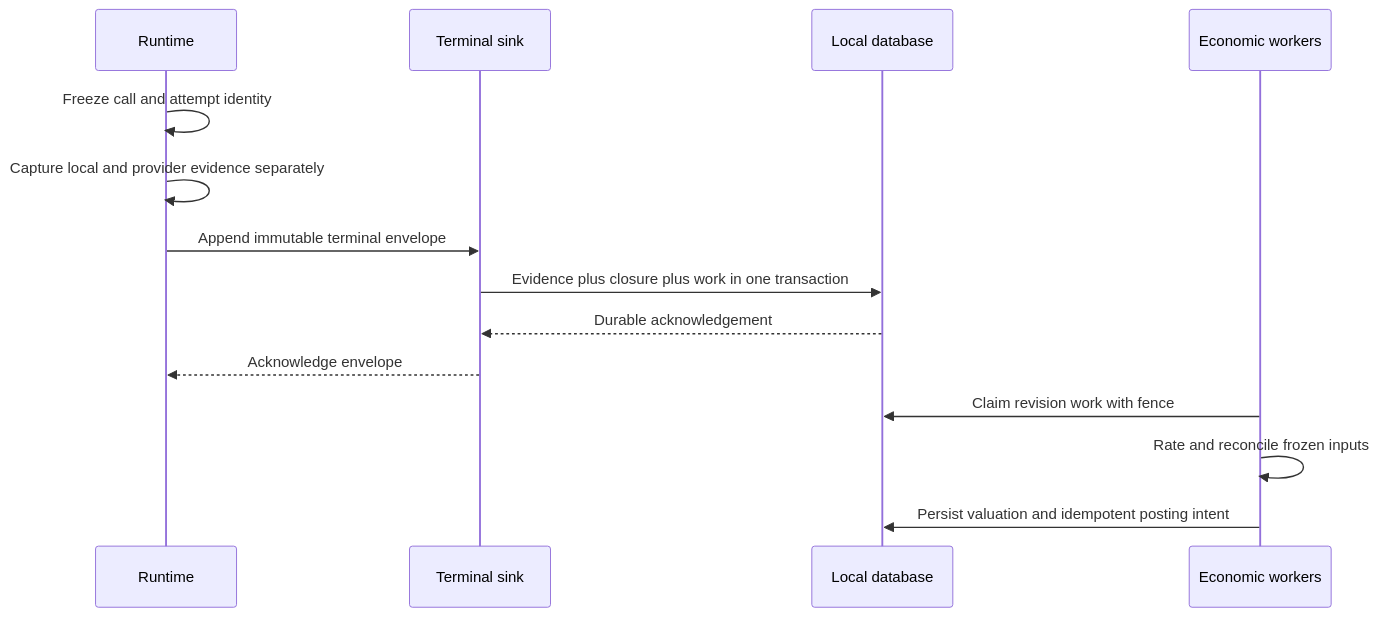
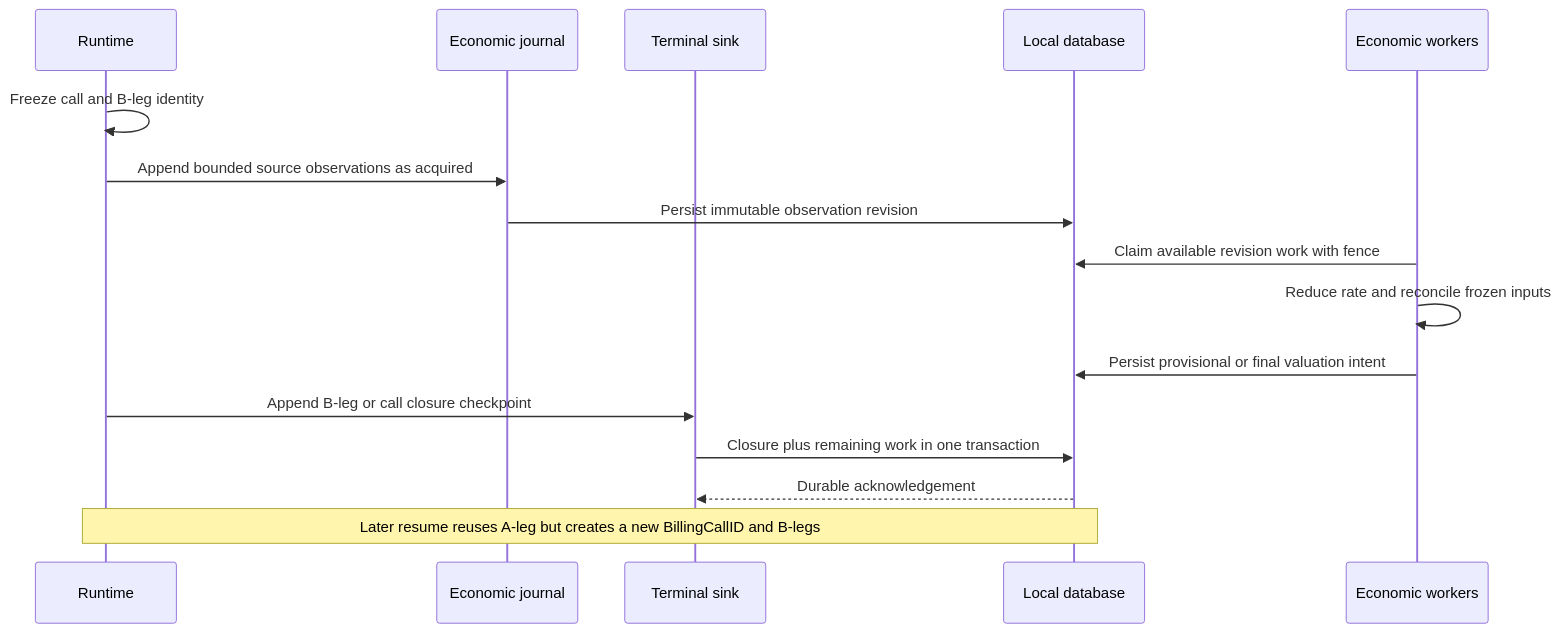
One commit to matdev83/go-llm-interactive-proxy changed the second of 3 diagrams in .kiro/specs/extensible-usage-economics-reconciliation/design.md. Above: the diagram before and after it, drawn with Mermaid. The commit also changed other lines of this file and 4 other files, not shown here.

````diff
--- a/.kiro/specs/extensible-usage-economics-reconciliation/design.md
+++ b/.kiro/specs/extensible-usage-economics-reconciliation/design.md
@@ -362,16 +388,18 @@
 ```mermaid
 sequenceDiagram
     participant R as Runtime
+    participant J as Economic journal
     participant T as Terminal sink
     participant D as Local database
     participant W as Economic workers
-    R->>R: Freeze call and attempt identity
-    R->>R: Capture local and provider evidence separately
-    R->>T: Append immutable terminal envelope
-    T->>D: Evidence plus closure plus work in one transaction
+    R->>R: Freeze call and B-leg identity
+    R->>J: Append bounded source observations as acquired
+    J->>D: Persist immutable observation revision
+    W->>D: Claim available revision work with fence
+    W->>W: Reduce rate and reconcile frozen inputs
+    W->>D: Persist provisional or final valuation intent
+    R->>T: Append B-leg or call closure checkpoint
+    T->>D: Closure plus remaining work in one transaction
     D-->>T: Durable acknowledgement
-    T-->>R: Acknowledge envelope
-    W->>D: Claim revision work with fence
-    W->>W: Rate and reconcile frozen inputs
-    W->>D: Persist valuation and idempotent posting intent
+    Note over R,D: Later resume reuses A-leg but creates a new BillingCallID and B-legs
 ```
````
